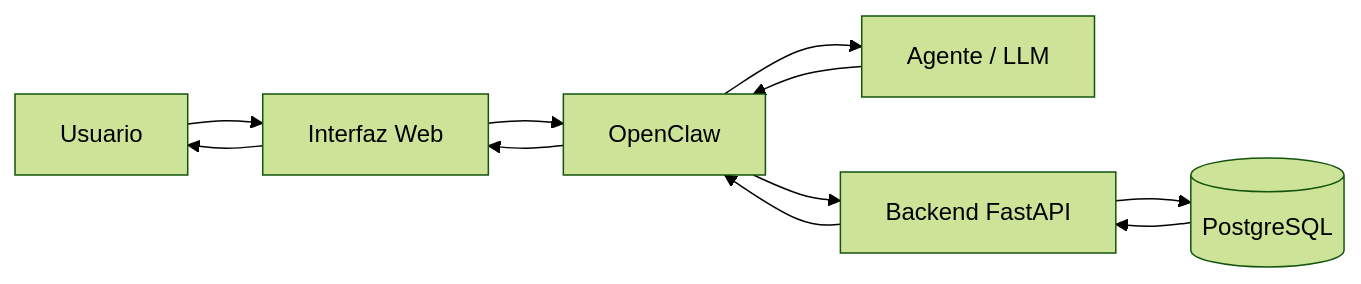
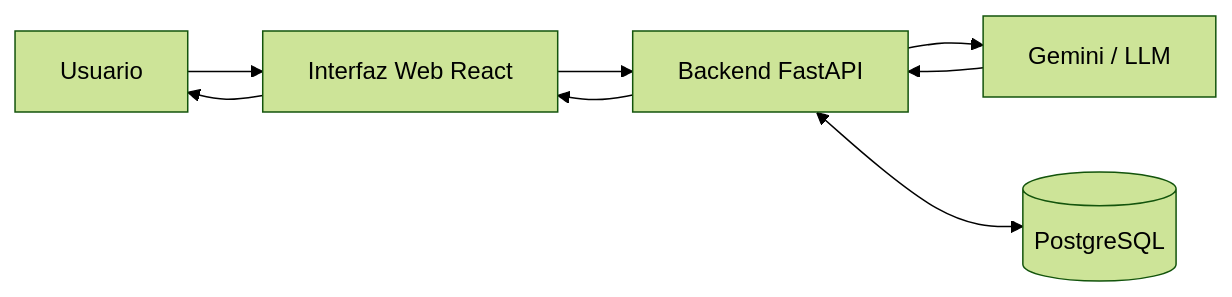
The first of 2 diagrams in docs/arquitectura.md (alochism/TP_FINAL), drawn with Mermaid (forest theme) before and after one commit. The commit also changed other lines of this file and 6 other files, not shown here.

````diff
--- a/docs/arquitectura.md
+++ b/docs/arquitectura.md
@@ -23,20 +25,16 @@
 ```mermaid
 flowchart LR
     U[Usuario]
-    W[Interfaz Web]
-    O[OpenClaw]
-    L[Agente / LLM]
+    W[Interfaz Web React]
     B[Backend FastAPI]
+    L[Gemini / LLM]
     D[(PostgreSQL)]
 
     U --> W
-    W --> O
-    O --> L
-    L --> O
-    O --> B
-    B --> D
-    D --> B
-    B --> O
-    O --> W
+    W --> B
+    B --> L
+    L --> B
+    B <--> D
+    B --> W
     W --> U
 ```
````
